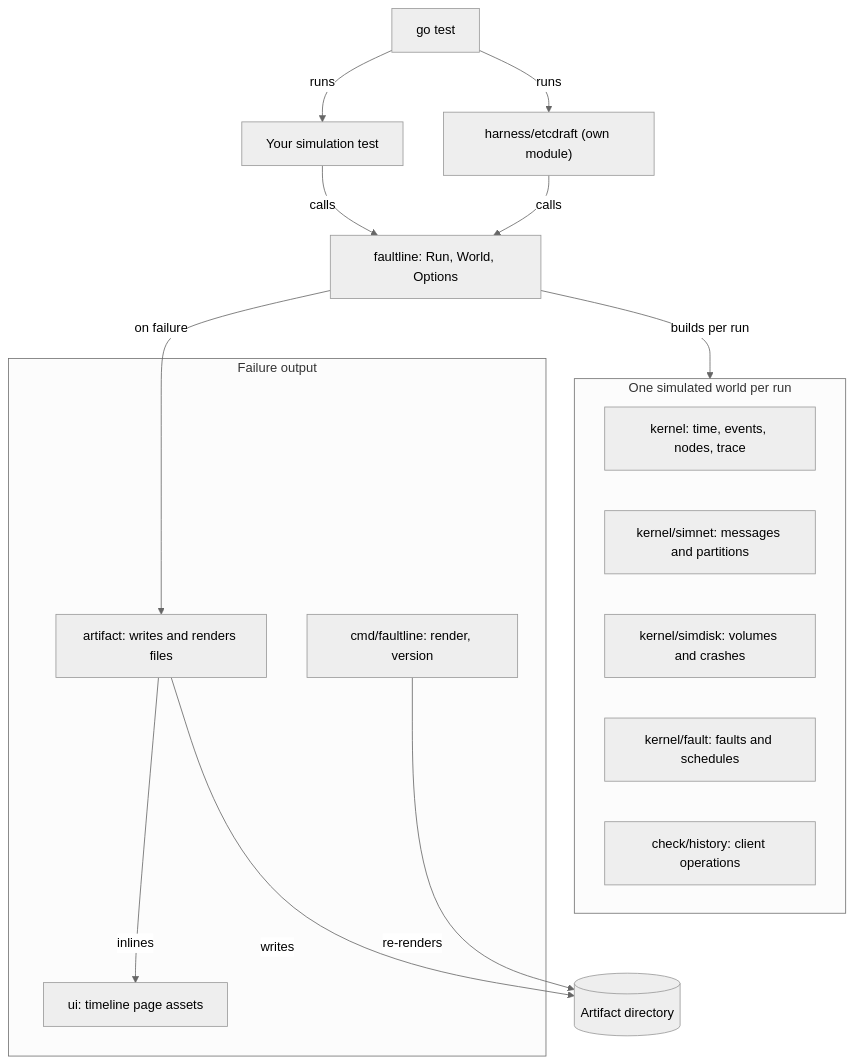
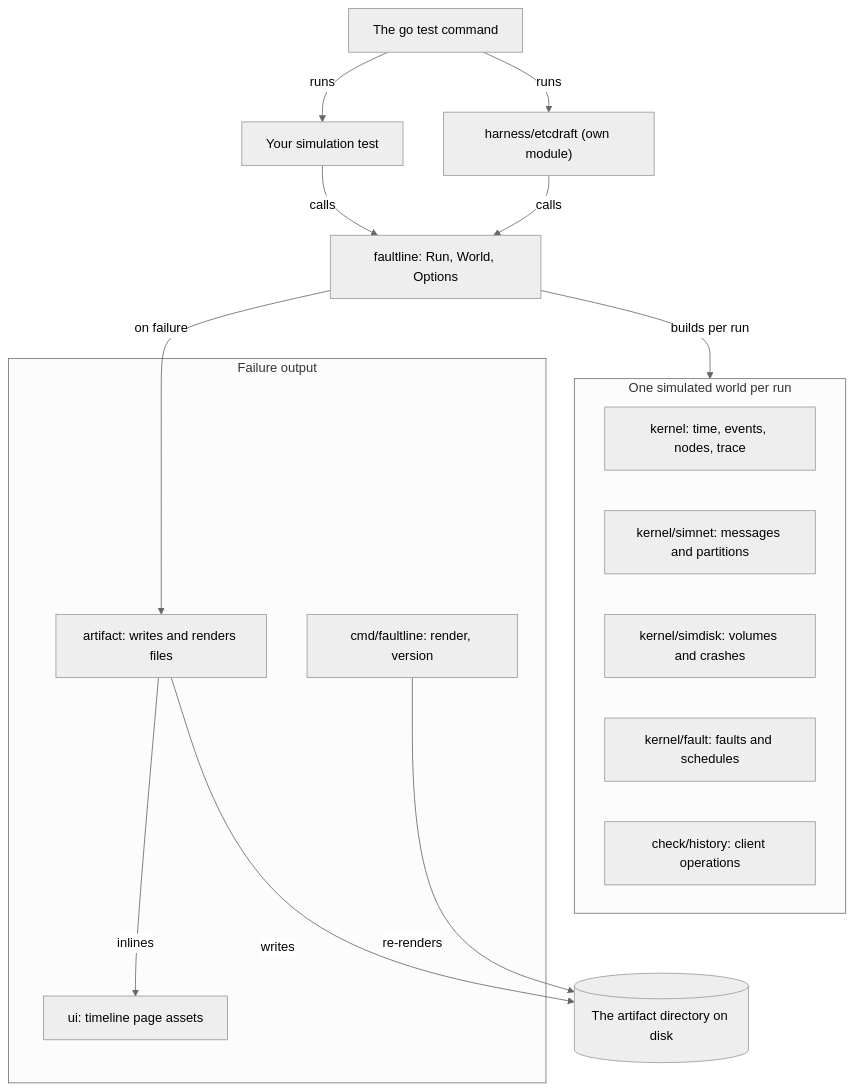
One commit to hmdsefi/faultline changed the diagram in docs/architecture.md. Above: the diagram before and after it, drawn with Mermaid (neutral theme). The commit also changed other lines of this file and 18 other files, not shown here.

````diff
--- a/docs/architecture.md
+++ b/docs/architecture.md
@@ -13,31 +13,31 @@
 ```mermaid
 flowchart TB
     accTitle: How faultline's packages fit together
     accDescr: go test runs your test or the etcd/raft harness, and both call faultline.Run in the root package. For every run, Run builds a world from kernel, simnet, simdisk, fault and history. On a failure, Run passes the run to package artifact, which writes the artifact directory and inlines the timeline renderer from package ui. The faultline command re-renders the files of an artifact directory.
-    go_test["go test"]
+    go_test["The go test command"]
     your_test["Your simulation test"]
     harness["harness/etcdraft (own module)"]
     run["faultline: Run, World, Options"]
     subgraph world["One simulated world per run"]
         kernel["kernel: time, events, nodes, trace"]
         simnet["kernel/simnet: messages and partitions"]
         simdisk["kernel/simdisk: volumes and crashes"]
         fault["kernel/fault: faults and schedules"]
         history["check/history: client operations"]
     end
     subgraph output["Failure output"]
         artifact["artifact: writes and renders files"]
         ui["ui: timeline page assets"]
         cli["cmd/faultline: render, version"]
     end
-    dir[("Artifact directory")]
+    dir[("The artifact directory on disk")]
     go_test -->|runs| your_test
     go_test -->|runs| harness
     your_test -->|calls| run
     harness -->|calls| run
     run -->|builds per run| world
     run -->|on failure| artifact
     artifact -->|inlines| ui
     artifact -->|writes| dir
     cli -->|re-renders| dir
 ```
````
